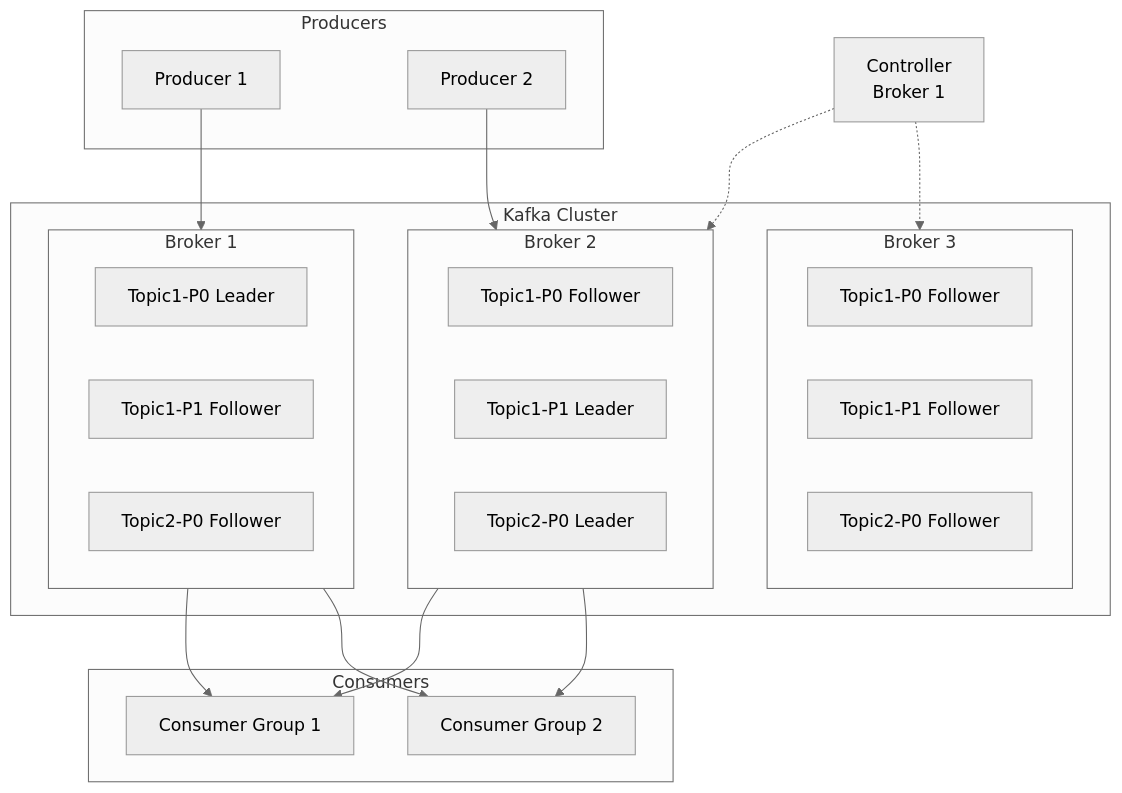
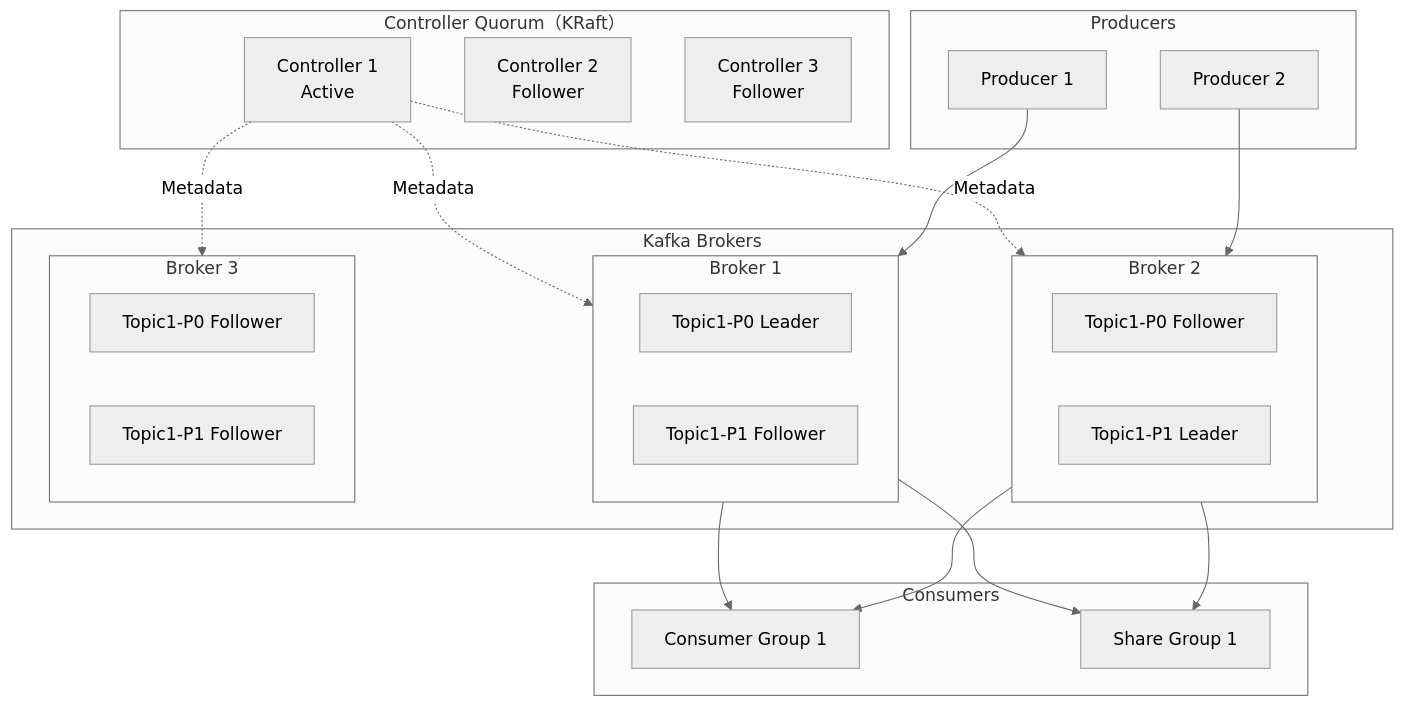
Before and after one commit to chihhung/Blog: the fourth of 29 diagrams in content/posts/教學/工具/Kafka教學手冊.md, drawn with Mermaid (neutral theme). The commit also changed other lines of this file and 10 other files, not shown here.

````diff
--- a/content/posts/教學/工具/Kafka教學手冊.md
+++ b/content/posts/教學/工具/Kafka教學手冊.md
@@ -190,40 +534,43 @@
 ```mermaid
 flowchart TB
-    subgraph Kafka Cluster
+    subgraph CQ[Controller Quorum（KRaft）]
+        CT1[Controller 1<br/>Active]
+        CT2[Controller 2<br/>Follower]
+        CT3[Controller 3<br/>Follower]
+    end
+
+    subgraph KC[Kafka Brokers]
         subgraph Broker1[Broker 1]
             T1P0[Topic1-P0 Leader]
             T1P1[Topic1-P1 Follower]
-            T2P0[Topic2-P0 Follower]
         end
         subgraph Broker2[Broker 2]
             T1P0F[Topic1-P0 Follower]
             T1P1L[Topic1-P1 Leader]
-            T2P0L[Topic2-P0 Leader]
         end
         subgraph Broker3[Broker 3]
             T1P0F2[Topic1-P0 Follower]
             T1P1F[Topic1-P1 Follower]
-            T2P0F[Topic2-P0 Follower]
         end
     end
-    
+
     subgraph Producers
         P1[Producer 1]
         P2[Producer 2]
     end
-    
+
     subgraph Consumers
         CG1[Consumer Group 1]
-        CG2[Consumer Group 2]
+        SG1[Share Group 1]
     end
-    
+
+    CT1 -.->|Metadata| Broker1
+    CT1 -.->|Metadata| Broker2
+    CT1 -.->|Metadata| Broker3
     P1 --> Broker1
     P2 --> Broker2
     Broker1 --> CG1
     Broker2 --> CG1
-    Broker1 --> CG2
-    Broker2 --> CG2
-    
-    Controller[Controller<br/>Broker 1] -.-> Broker2
-    Controller -.-> Broker3
+    Broker1 --> SG1
+    Broker2 --> SG1
 ```
````
